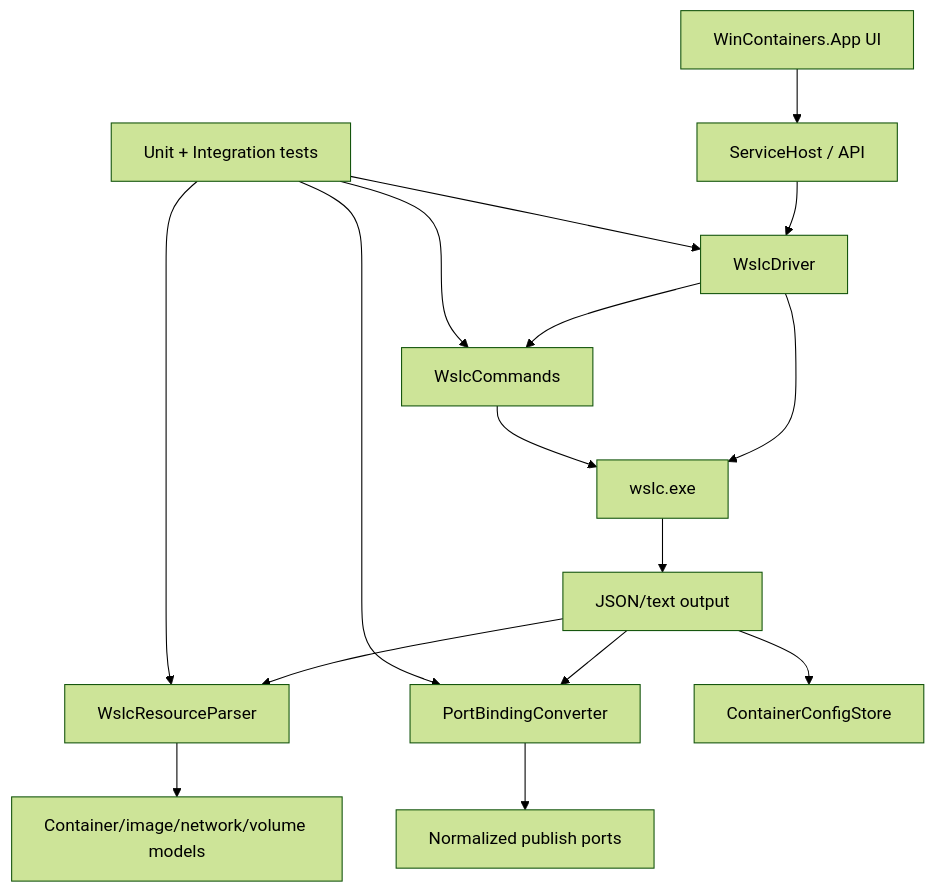
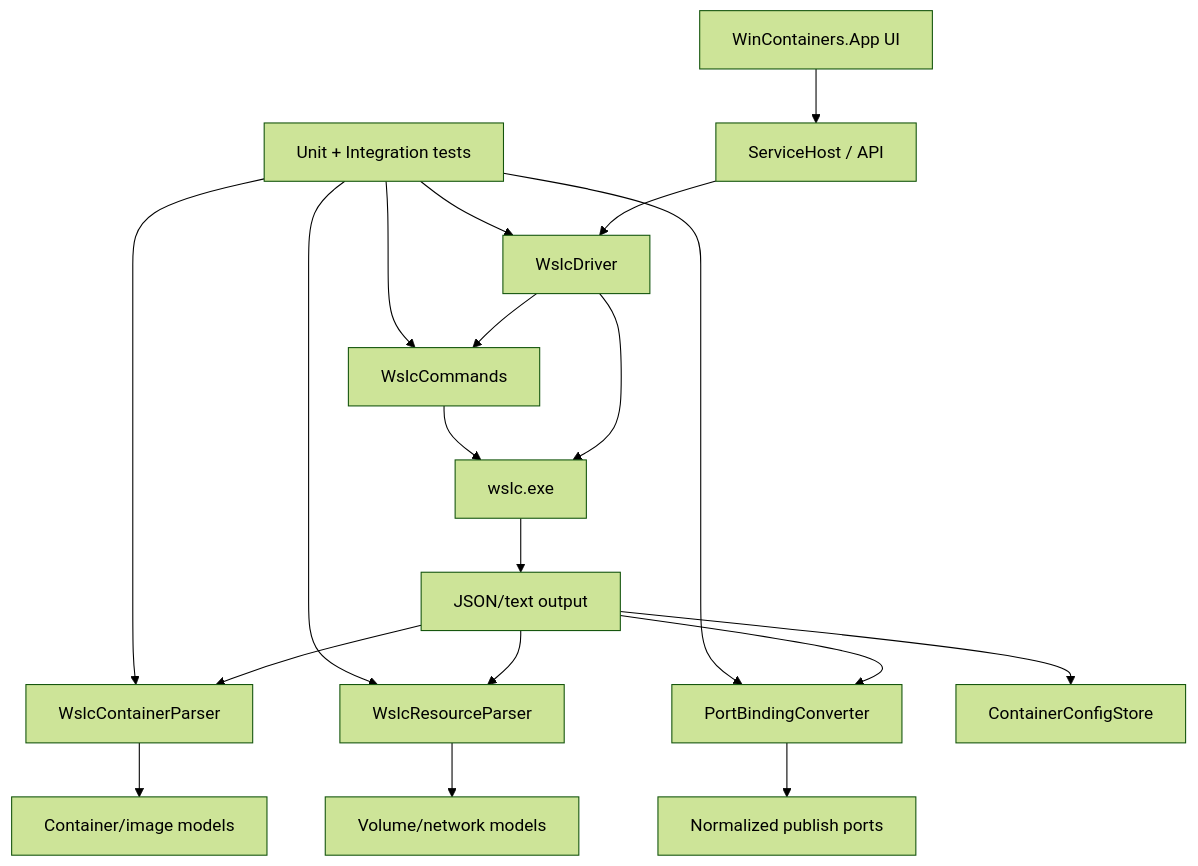
One commit to japperJ/Wincontainer changed the diagram in README.md. Above: the diagram before and after it, drawn with Mermaid (forest theme). The commit also changed other lines of this file, not shown here.

Commit message:
Fix README runtime contract docs

````diff
--- a/README.md
+++ b/README.md
@@ -65,19 +65,22 @@
 ```mermaid
 flowchart TD
     A[WinContainers.App UI] --> B[ServiceHost / API]
     B --> C[WslcDriver]
     C --> D[wslc.exe]
     D --> E[JSON/text output]
-    E --> F[WslcResourceParser]
-    E --> G[PortBindingConverter]
-    E --> H[ContainerConfigStore]
-    F --> I[Container/image/network/volume models]
-    G --> J[Normalized publish ports]
-    C --> K[WslcCommands]
-    K --> D
+    E --> F[WslcContainerParser]
+    E --> G[WslcResourceParser]
+    E --> H[PortBindingConverter]
+    E --> I[ContainerConfigStore]
+    F --> J[Container/image models]
+    G --> K[Volume/network models]
+    H --> L[Normalized publish ports]
+    C --> M[WslcCommands]
+    M --> D
 
-    L[Unit + Integration tests] --> F
-    L --> G
-    L --> K
-    L --> C
+    N[Unit + Integration tests] --> F
+    N --> G
+    N --> H
+    N --> M
+    N --> C
 ```
````
